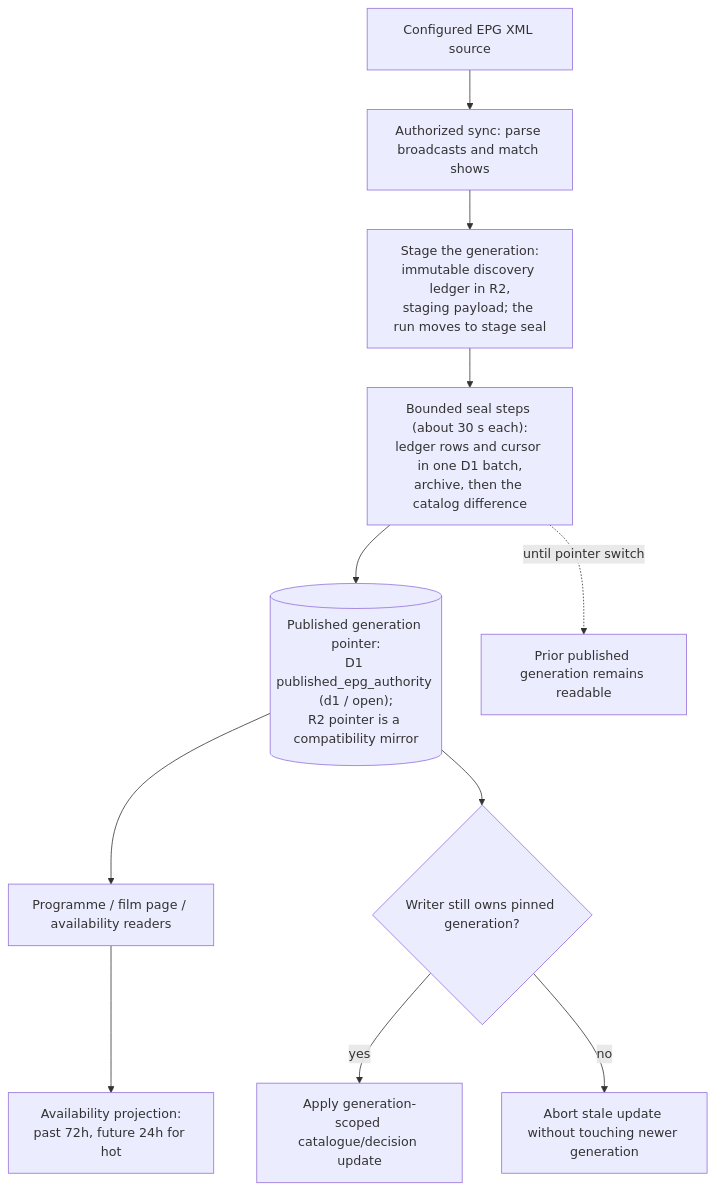
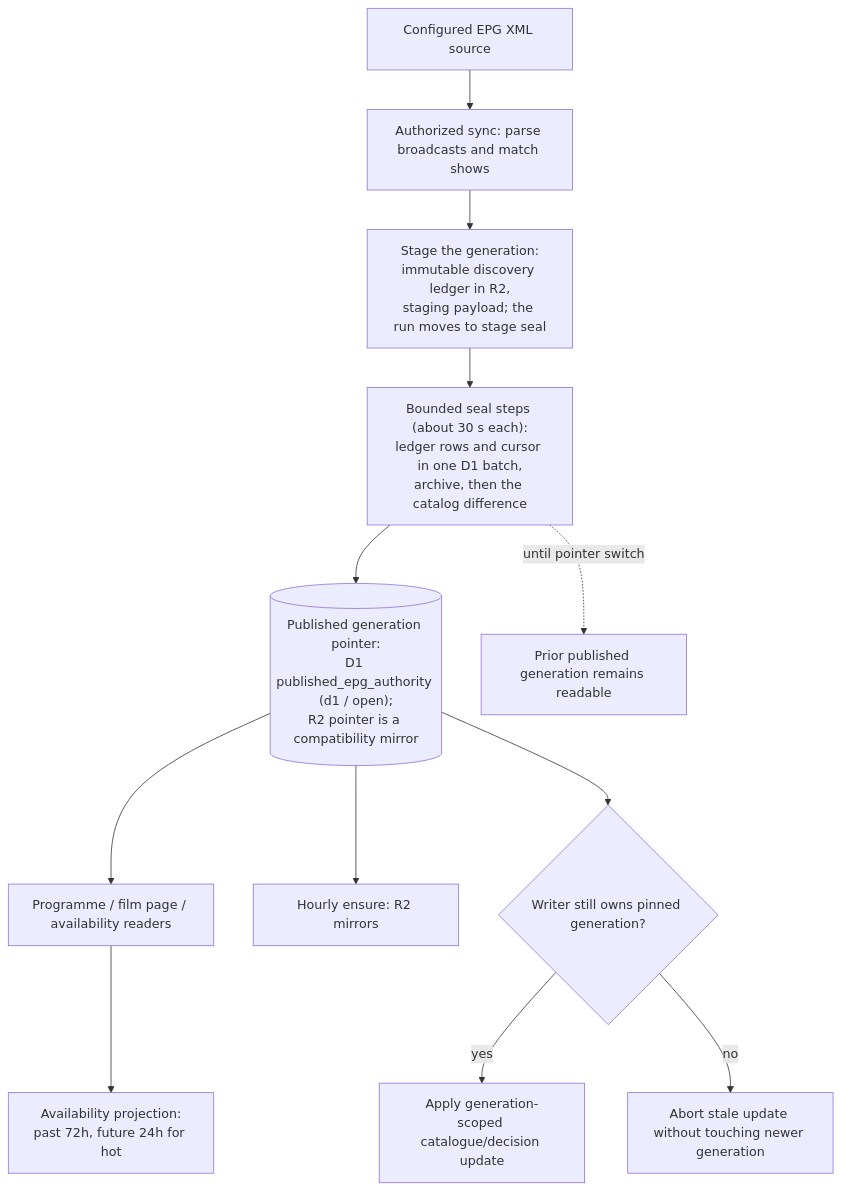
The diagram in docs/architecture/epg-and-availability.md (vladimino/iptv-watchlist), drawn with Mermaid before and after one commit. The commit also changed other lines of this file and 29 other files, not shown here.

````diff
--- a/docs/architecture/epg-and-availability.md
+++ b/docs/architecture/epg-and-availability.md
@@ -5,20 +5,22 @@
 ```mermaid
 flowchart TD
     source["Configured EPG XML source"]
     parse["Authorized sync: parse broadcasts and match shows"]
     staging["Stage the generation:<br/>immutable discovery ledger in R2,<br/>staging payload; the run moves to stage seal"]
     seal["Bounded seal steps (about 30 s each):<br/>ledger rows and cursor in one D1 batch,<br/>archive, then the catalog difference"]
     pointer[("Published generation pointer:<br/>D1 published_epg_authority (d1 / open);<br/>R2 pointer is a compatibility mirror")]
     readers["Programme / film page / availability readers"]
     window["Availability projection:<br/>past 72h, future 24h for hot"]
+    ensure["Hourly ensure: R2 mirrors"]
     previous["Prior published generation remains readable"]
     stale{"Writer still owns pinned generation?"}
     update["Apply generation-scoped catalogue/decision update"]
     reject["Abort stale update without touching newer generation"]
     source --> parse --> staging --> seal --> pointer
     pointer --> readers --> window
+    pointer --> ensure
     seal -.->|until pointer switch| previous
     pointer --> stale
     stale -->|yes| update
     stale -->|no| reject
 ```
````
